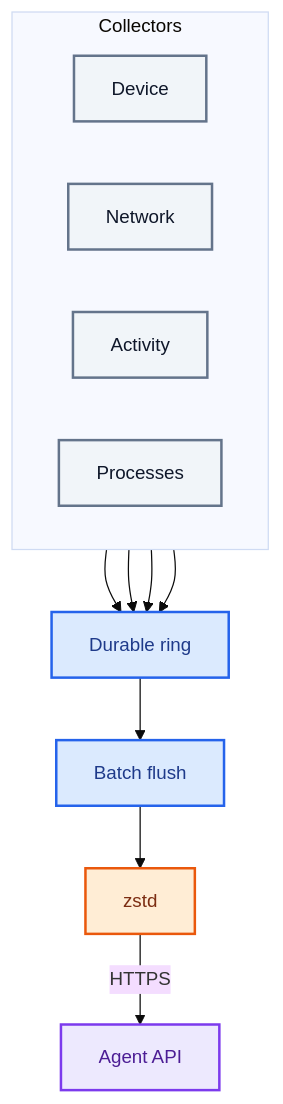
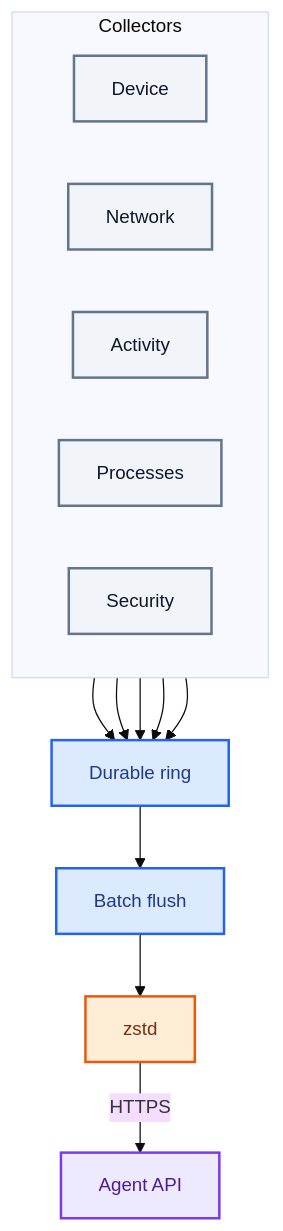
Before and after one commit to TrustEdgeOrg/TrustEdge-Agent: the first of 2 diagrams in docs/collection.md, drawn with Mermaid. The commit also changed other lines of this file and 14 other files, not shown here.

````diff
--- a/docs/collection.md
+++ b/docs/collection.md
@@ -11,32 +11,34 @@
 ```mermaid
 %%{init: {'theme': 'base', 'themeVariables': {'fontSize': '15px', 'fontFamily': 'arial'}}}%%
 flowchart TB
     subgraph SRC ["Collectors"]
         direction LR
         D1["Device"]
         D2["Network"]
         D3["Activity"]
         D4["Processes"]
+        D5["Security"]
     end
 
     RING["Durable ring"]
     BAT["Batch flush"]
     ZIP["zstd"]
     API["Agent API"]
 
     D1 --> RING
     D2 --> RING
     D3 --> RING
     D4 --> RING
+    D5 --> RING
     RING --> BAT --> ZIP -->|HTTPS| API
 
     classDef source fill:#F1F5F9,stroke:#64748B,stroke-width:2px,color:#0F172A
     classDef ring fill:#DBEAFE,stroke:#2563EB,stroke-width:2px,color:#1E3A8A
     classDef compress fill:#FFEDD5,stroke:#EA580C,stroke-width:2px,color:#7C2D12
     classDef api fill:#EDE9FE,stroke:#7C3AED,stroke-width:2px,color:#4C1D95
 
-    class D1,D2,D3,D4 source
+    class D1,D2,D3,D4,D5 source
     class RING,BAT ring
     class ZIP compress
     class API api
 ```
````
